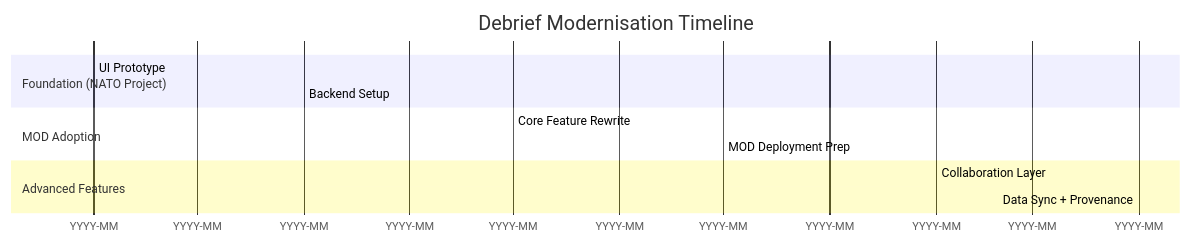
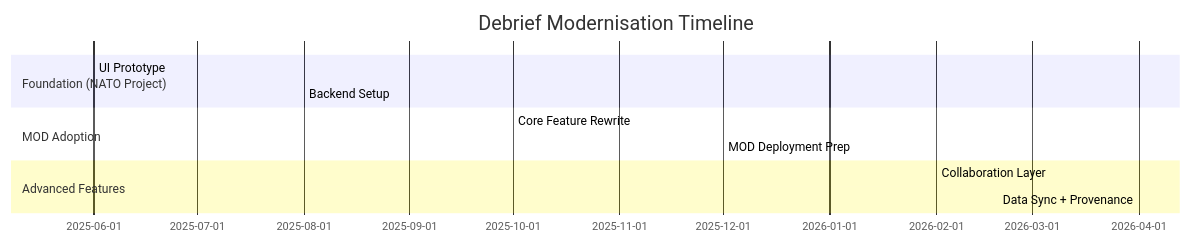
One commit to debrief/debrief.github.io changed the diagram in future/value-proposition.md. Above: the diagram before and after it, drawn with Mermaid.

Commit message:
drop axis format

````diff
--- a/future/value-proposition.md
+++ b/future/value-proposition.md
@@ -61,15 +61,14 @@
 ``` mermaid
 gantt
   title Debrief Modernisation Timeline
   dateFormat  YYYY-MM
-  axisFormat  YYYY-MM
   section Foundation (NATO Project)
   UI Prototype        :done,    des1, 2025-06, 1m
   Backend Setup       :done,    des2, 2025-08, 1m
   section MOD Adoption
   Core Feature Rewrite:active,  feat1, 2025-10, 3m
   MOD Deployment Prep :         feat2, 2025-12, 2m
   section Advanced Features
   Collaboration Layer :         adv1,  2026-02, 2m
   Data Sync + Provenance:       adv2,  2026-04, 2m
 ```
````
